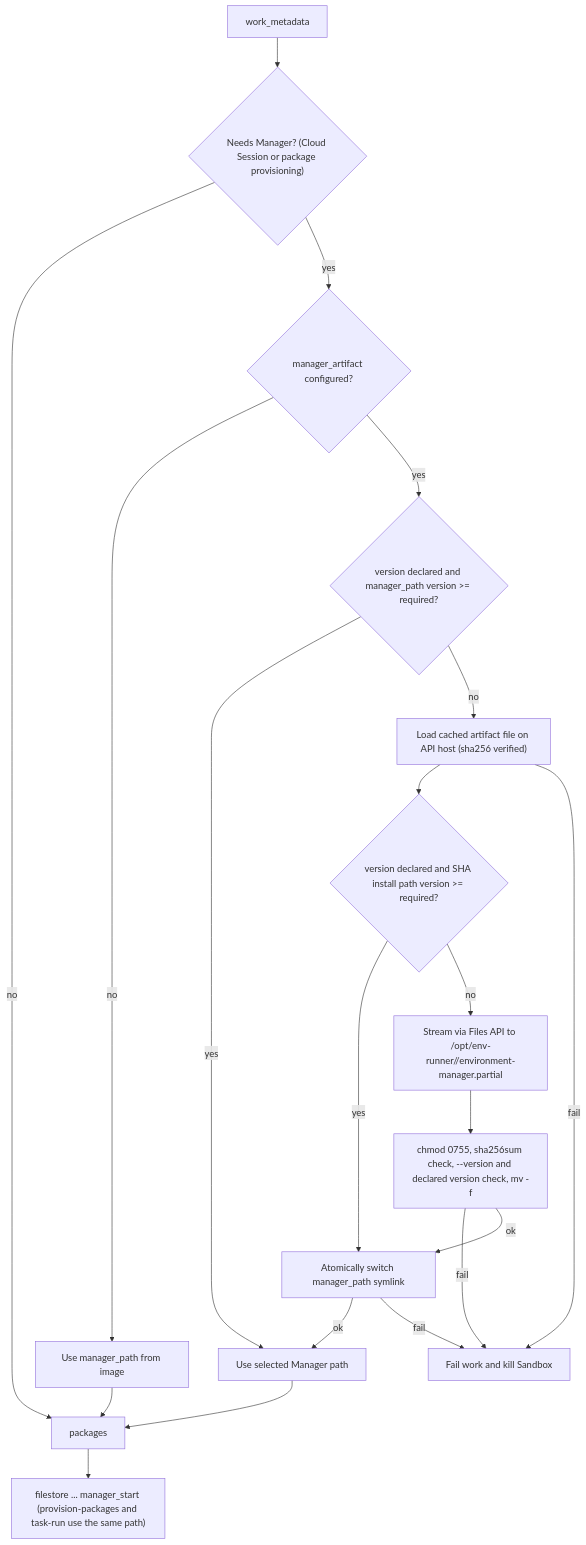
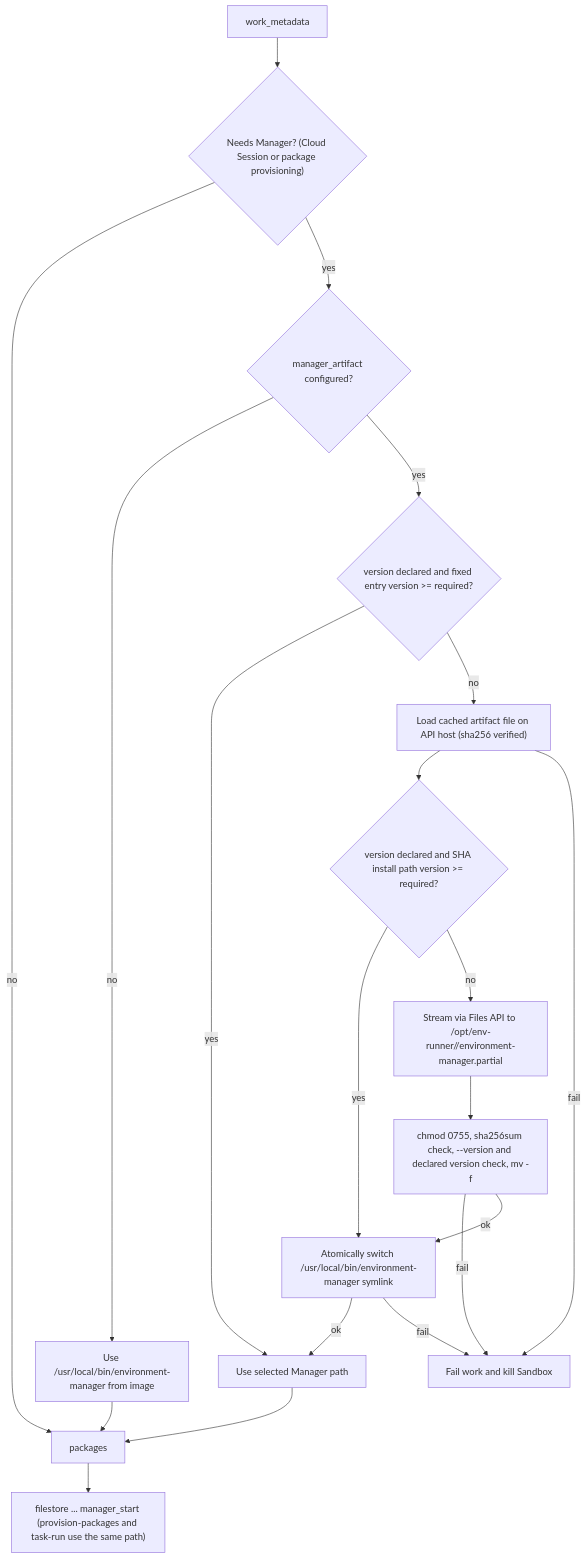
The second of 3 diagrams in docs/design/be/e2b-sandbox-image-contract.md (superduck-ai/open-managed-agents), drawn with Mermaid before and after one commit. The commit also changed other lines of this file and 21 other files, not shown here.

Commit message:
refactor(environments): use a fixed environment manager entry

````diff
--- a/docs/design/be/e2b-sandbox-image-contract.md
+++ b/docs/design/be/e2b-sandbox-image-contract.md
@@ -84,22 +84,22 @@
 ```mermaid
 flowchart TD
     W["work_metadata"] --> N{"Needs Manager? (Cloud Session or package provisioning)"}
     N -->|no| P["packages"]
     N -->|yes| C{"manager_artifact configured?"}
-    C -->|no| I["Use manager_path from image"]
-    C -->|yes| V{"version declared and manager_path version >= required?"}
+    C -->|no| I["Use /usr/local/bin/environment-manager from image"]
+    C -->|yes| V{"version declared and fixed entry version >= required?"}
     V -->|yes| U["Use selected Manager path"]
     V -->|no| L["Load cached artifact file on API host (sha256 verified)"]
     L --> T{"version declared and SHA install path version >= required?"}
-    T -->|yes| K["Atomically switch manager_path symlink"]
+    T -->|yes| K["Atomically switch /usr/local/bin/environment-manager symlink"]
     K -->|ok| U
     K -->|fail| F
     T -->|no| S["Stream via Files API to /opt/env-runner/<sha>/environment-manager.partial"]
     S --> A["chmod 0755, sha256sum check, --version and declared version check, mv -f"]
     A -->|fail| F["Fail work and kill Sandbox"]
     A -->|ok| K
     L -->|fail| F
     I --> P
     U --> P
     P --> R["filestore ... manager_start (provision-packages and task-run use the same path)"]
 ```
````
